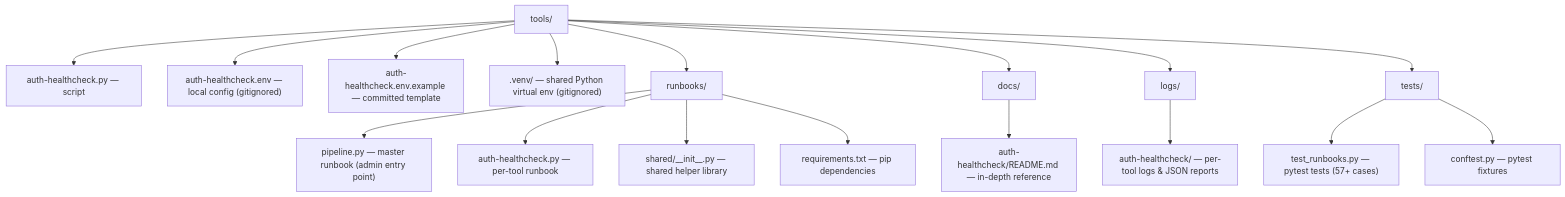
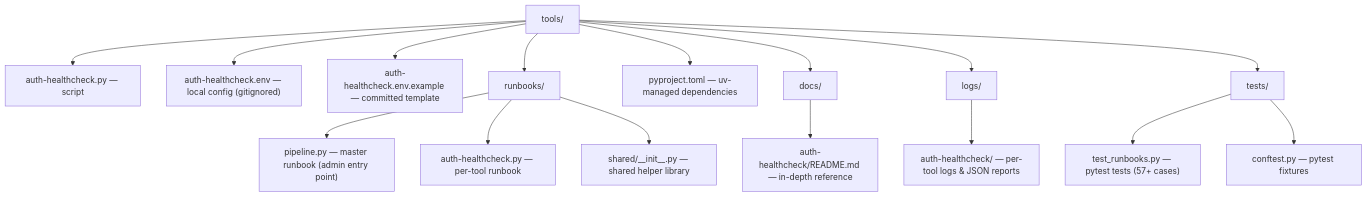
Before and after one commit to jaypatrick/adblock-compiler: the diagram in docs/tools/README.md, drawn with Mermaid. The commit also changed other lines of this file and 39 other files, not shown here.

````diff
--- a/docs/tools/README.md
+++ b/docs/tools/README.md
@@ -66,19 +64,18 @@
 ```mermaid
 graph TD
     A["tools/"] --> B["auth-healthcheck.py — script"]
     A --> C["auth-healthcheck.env — local config (gitignored)"]
     A --> D["auth-healthcheck.env.example — committed template"]
-    A --> E[".venv/ — shared Python virtual env (gitignored)"]
     A --> F["runbooks/"]
     F --> G["pipeline.py — master runbook (admin entry point)"]
     F --> H["auth-healthcheck.py — per-tool runbook"]
     F --> I["shared/__init__.py — shared helper library"]
-    F --> J["requirements.txt — pip dependencies"]
+    A --> J["pyproject.toml — uv-managed dependencies"]
     A --> K["docs/"]
     K --> L["auth-healthcheck/README.md — in-depth reference"]
     A --> M["logs/"]
     M --> N["auth-healthcheck/ — per-tool logs & JSON reports"]
     A --> O["tests/"]
     O --> P["test_runbooks.py — pytest tests (57+ cases)"]
     O --> Q["conftest.py — pytest fixtures"]
 ```
````
